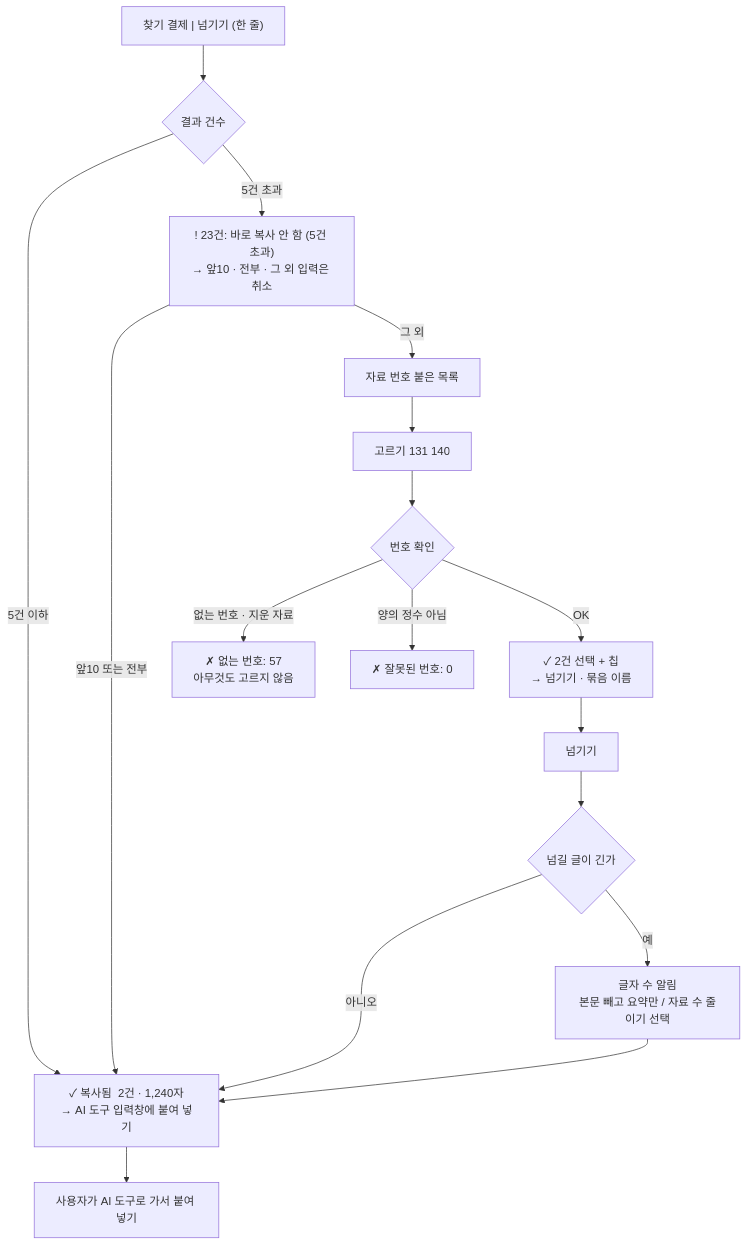
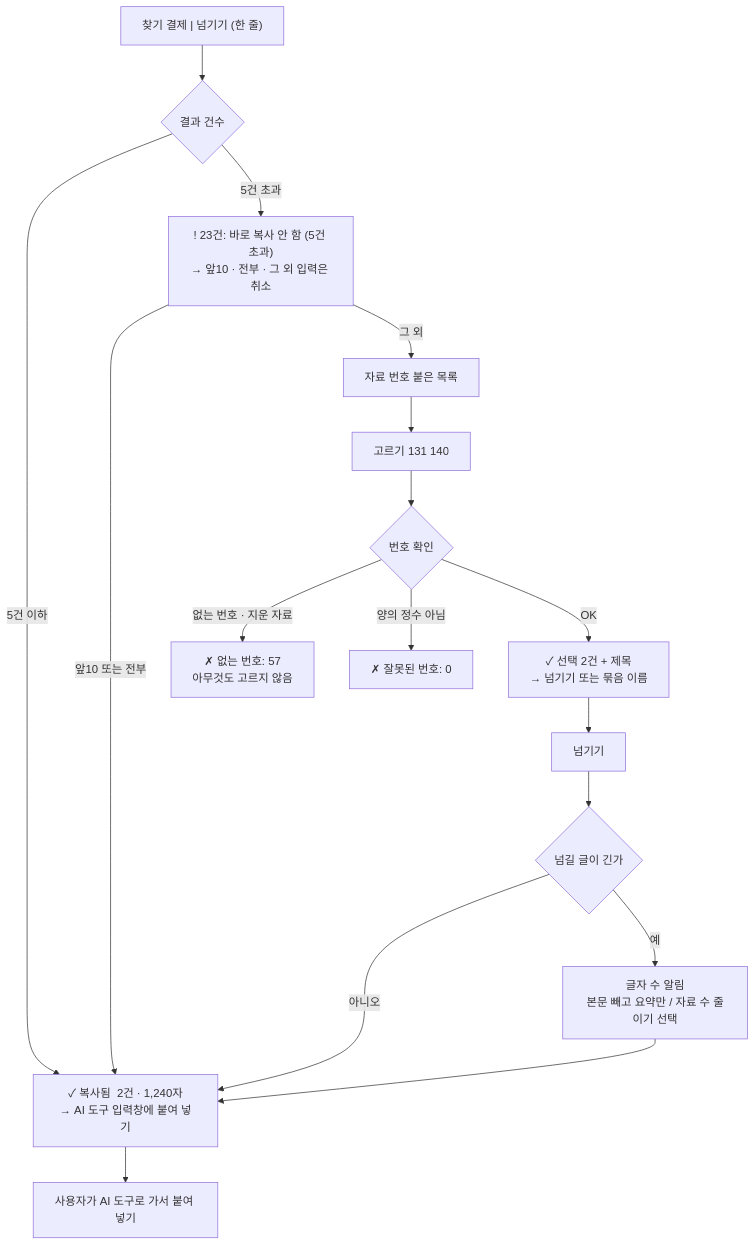
One commit to delightPIP/grep changed the sixth of 10 diagrams in docs/planning/user-flow.md. Above: the diagram before and after it, drawn with Mermaid. The commit also changed other lines of this file and 8 other files, not shown here.

````diff
--- a/docs/planning/user-flow.md
+++ b/docs/planning/user-flow.md
@@ -187,20 +187,20 @@
 ```mermaid
 flowchart TD
     A["자료 번호 붙은 목록"] --> B["고르기 131 140"]
     B --> C{"번호 확인"}
     C -- "없는 번호 · 지운 자료" --> D["✗ 없는 번호: 57<br/>아무것도 고르지 않음"]
     C -- "양의 정수 아님" --> E["✗ 잘못된 번호: 0"]
-    C -- "OK" --> F["✓ 2건 선택 + 칩<br/>→ 넘기기 · 묶음 이름"]
+    C -- "OK" --> F["✓ 선택 2건 + 제목<br/>→ 넘기기 또는 묶음 이름"]
     F --> G["넘기기"]
     G --> H{"넘길 글이 긴가"}
     H -- "아니오" --> I["✓ 복사됨  2건 · 1,240자<br/>→ AI 도구 입력창에 붙여 넣기"]
     H -- "예" --> J["글자 수 알림<br/>본문 빼고 요약만 / 자료 수 줄이기 선택"]
     J --> I
     I --> K["사용자가 AI 도구로 가서 붙여 넣기"]
 
     P["찾기 결제 | 넘기기 (한 줄)"] --> Q{"결과 건수"}
     Q -- "5건 이하" --> I
     Q -- "5건 초과" --> R["! 23건: 바로 복사 안 함 (5건 초과)<br/>→ 앞10 · 전부 · 그 외 입력은 취소"]
     R -- "앞10 또는 전부" --> I
     R -- "그 외" --> A
 ```
````
